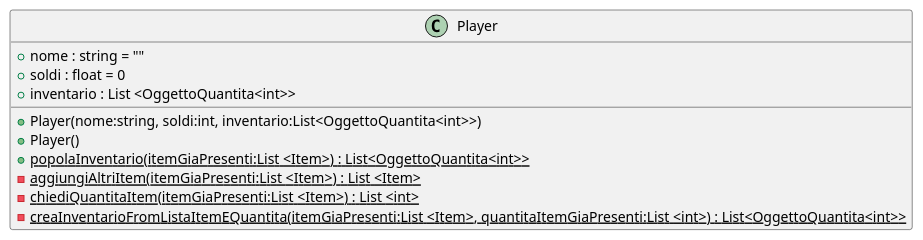
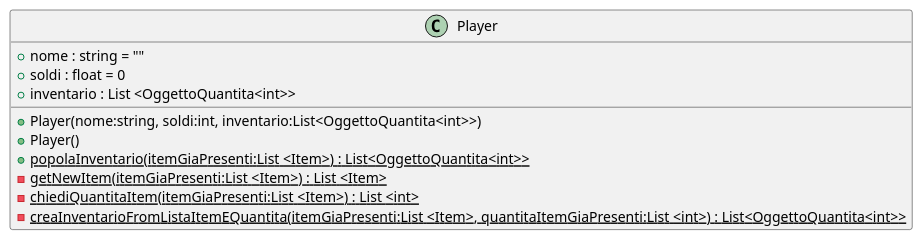
One commit to zSavT/Healthy-Catering changed the diagram in doc/plantUml senza associazioni/Player.puml. Above: the diagram before and after it, drawn with PlantUML. The commit also changed 10 other files, not shown here.

```diff
--- a/doc/plantUml senza associazioni/Player.puml
+++ b/doc/plantUml senza associazioni/Player.puml
@@ -1,13 +1,13 @@
 @startuml
 class Player {
     + nome : string = ""
     + soldi : float = 0
     + inventario : List <OggettoQuantita<int>>
     + Player(nome:string, soldi:int, inventario:List<OggettoQuantita<int>>)
     + Player()
     + {static} popolaInventario(itemGiaPresenti:List <Item>) : List<OggettoQuantita<int>>
-    - {static} aggiungiAltriItem(itemGiaPresenti:List <Item>) : List <Item>
+    - {static} getNewItem(itemGiaPresenti:List <Item>) : List <Item>
     - {static} chiediQuantitaItem(itemGiaPresenti:List <Item>) : List <int>
     - {static} creaInventarioFromListaItemEQuantita(itemGiaPresenti:List <Item>, quantitaItemGiaPresenti:List <int>) : List<OggettoQuantita<int>>
 }
 @enduml
```
